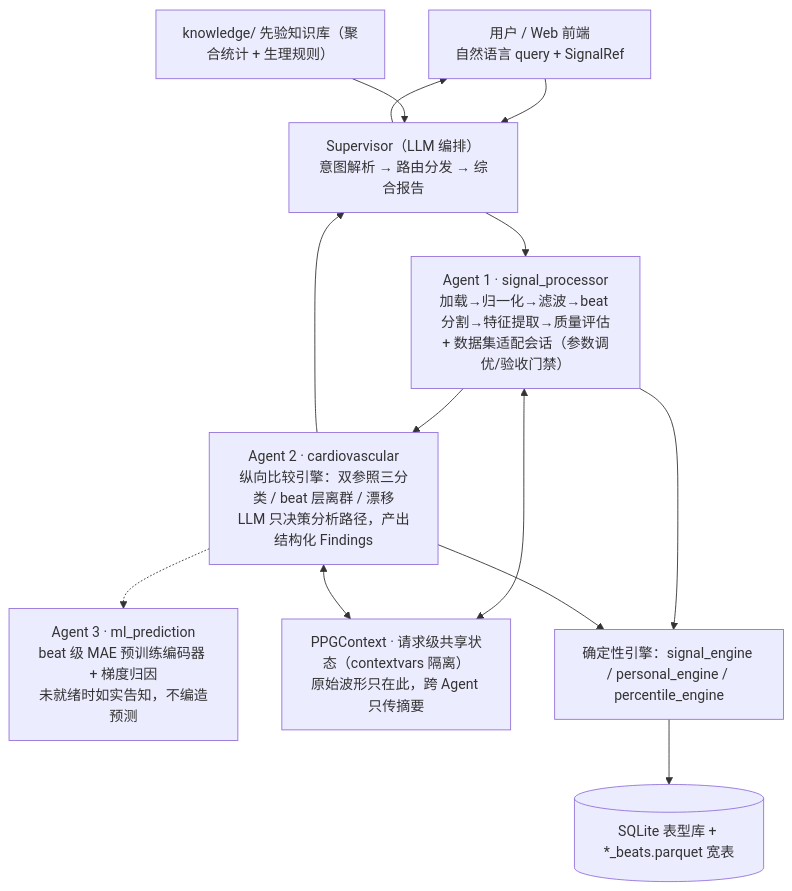
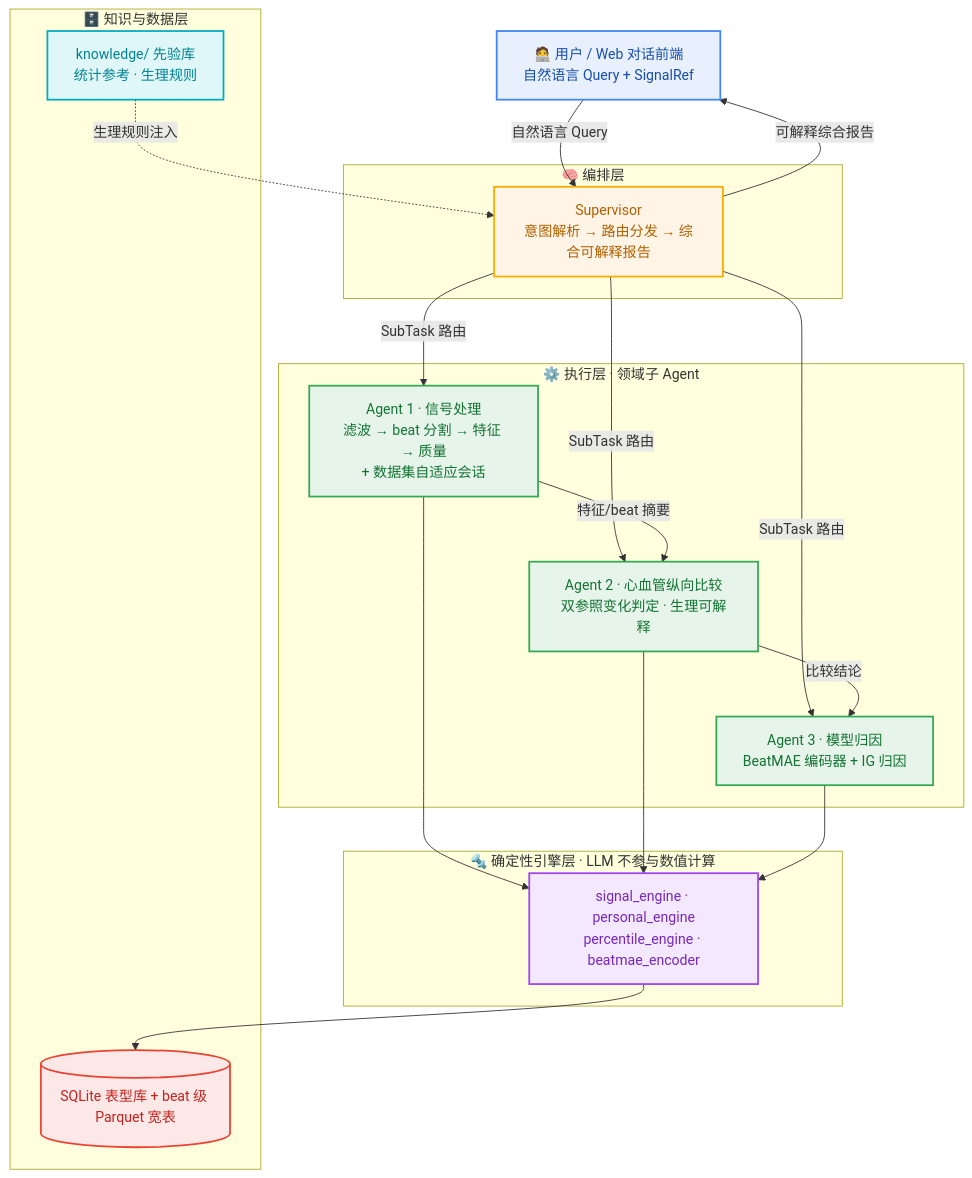
Before and after one commit to TangShuaiL/PPG-Agent: the diagram in README.md, drawn with Mermaid. The commit also changed other lines of this file, not shown here.

Commit message:
docs: 架构图（分层配色）

````diff
--- a/README.md
+++ b/README.md
@@ -23,26 +23,43 @@
 ```mermaid
 flowchart TB
-    USER["用户 / Web 前端<br/>自然语言 query + SignalRef"]
+    classDef ui    fill:#E8F0FE,stroke:#4285F4,stroke-width:2px,color:#174EA6;
+    classDef sup   fill:#FFF4E5,stroke:#F9AB00,stroke-width:2px,color:#B06000;
+    classDef agent fill:#E6F4EA,stroke:#34A853,stroke-width:2px,color:#137333;
+    classDef engine fill:#F3E8FD,stroke:#A142F4,stroke-width:2px,color:#7627BB;
+    classDef data  fill:#FCE8E6,stroke:#EA4335,stroke-width:2px,color:#C5221F;
+    classDef know  fill:#E0F7FA,stroke:#00ACC1,stroke-width:2px,color:#00838F;
 
-    SUP["Supervisor（LLM 编排）<br/>意图解析 → 路由分发 → 综合报告"]
+    USER["🧑‍💻 用户 / Web 对话前端<br/>自然语言 Query + SignalRef"]:::ui
 
-    A1["Agent 1 · signal_processor<br/>加载→归一化→滤波→beat 分割→特征提取→质量评估<br/>+ 数据集适配会话（参数调优/验收门禁）"]
-    A2["Agent 2 · cardiovascular<br/>纵向比较引擎：双参照三分类 / beat 层离群 / 漂移<br/>LLM 只决策分析路径，产出结构化 Findings"]
-    A3["Agent 3 · ml_prediction<br/>beat 级 MAE 预训练编码器 + 梯度归因<br/>未就绪时如实告知，不编造预测"]
+    subgraph L1["🧠 编排层"]
+        SUP["Supervisor<br/>意图解析 → 路由分发 → 综合可解释报告"]:::sup
+    end
 
-    CTX["PPGContext · 请求级共享状态（contextvars 隔离）<br/>原始波形只在此，跨 Agent 只传摘要"]
-    ENG["确定性引擎：signal_engine / personal_engine / percentile_engine"]
-    KNOW["knowledge/ 先验知识库（聚合统计 + 生理规则）"]
-    DB[("SQLite 表型库 + *_beats.parquet 宽表")]
+    subgraph L2["⚙️ 执行层 · 领域子 Agent"]
+        A1["Agent 1 · 信号处理<br/>滤波 → beat 分割 → 特征 → 质量<br/>+ 数据集自适应会话"]:::agent
+        A2["Agent 2 · 心血管纵向比较<br/>双参照变化判定 · 生理可解释"]:::agent
+        A3["Agent 3 · 模型归因<br/>BeatMAE 编码器 + IG 归因"]:::agent
+    end
 
-    USER --> SUP
-    SUP --> A1 --> A2 -.-> A3
-    A1 <--> CTX
-    A2 <--> CTX
+    subgraph L3["🔩 确定性引擎层 · LLM 不参与数值计算"]
+        ENG["signal_engine · personal_engine<br/>percentile_engine · beatmae_encoder"]:::engine
+    end
+
+    subgraph L4["🗄️ 知识与数据层"]
+        KNOW["knowledge/ 先验库<br/>统计参考 · 生理规则"]:::know
+        DB[("SQLite 表型库 + beat 级 Parquet 宽表")]:::data
+    end
+
+    USER -->|自然语言 Query| SUP
+    SUP -->|SubTask 路由| A1
+    SUP -->|SubTask 路由| A2
+    SUP -->|SubTask 路由| A3
+    A1 -->|特征/beat 摘要| A2
+    A2 -->|比较结论| A3
     A1 --> ENG
     A2 --> ENG
+    A3 --> ENG
     ENG --> DB
-    KNOW --> SUP
-    A2 --> SUP
-    SUP --> USER
+    KNOW -.生理规则注入.-> SUP
+    SUP -->|可解释综合报告| USER
 ```
````
